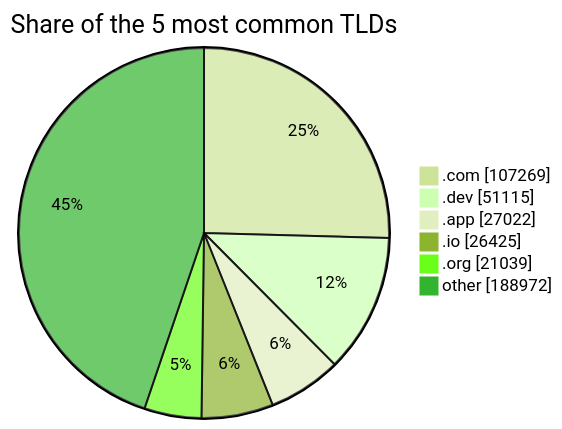
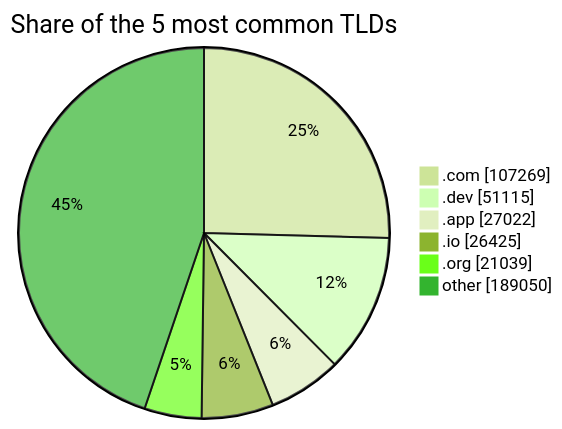
One commit to DNSBunker/CTI changed the third of 3 diagrams in README.md. Above: the diagram before and after it, drawn with Mermaid (forest theme). The commit also changed other lines of this file and 3 other files, not shown here.

````diff
--- a/README.md
+++ b/README.md
@@ -81,9 +81,9 @@
 ```mermaid
 pie showData title Share of the 5 most common TLDs
     ".com" : 107269
     ".dev" : 51115
     ".app" : 27022
     ".io" : 26425
     ".org" : 21039
-    "other" : 188972
+    "other" : 189050
 ```
````
